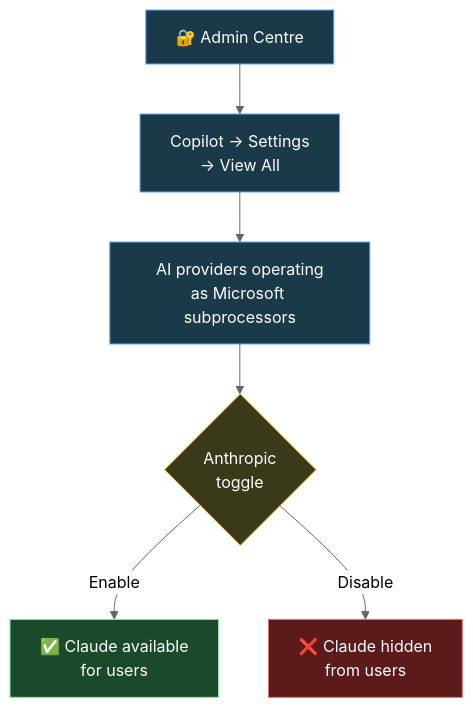
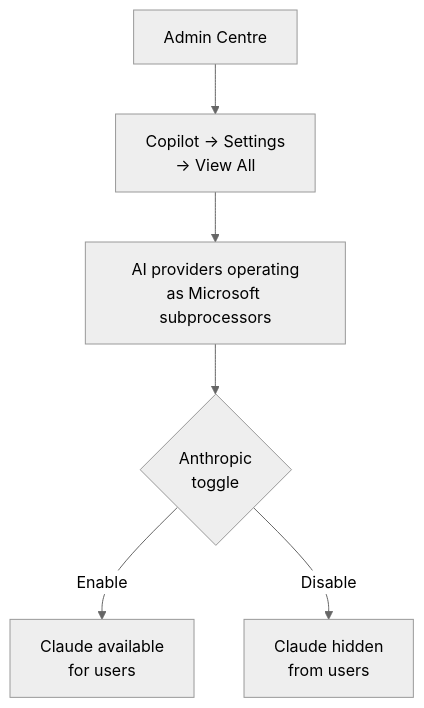
The sixth of 6 diagrams in content/blog/microsoft-365-copilot-licensed-complete-guide-for-trainers.md (susanthgit/aguidetocloud-revamp), drawn with Mermaid (neutral theme) before and after one commit. The commit also changed other lines of this file and 553 other files, not shown here.

First line of the commit message:
🌸 Z17: Zen Mermaid diagrams — Stripe Docs style

````diff
--- a/content/blog/microsoft-365-copilot-licensed-complete-guide-for-trainers.md
+++ b/content/blog/microsoft-365-copilot-licensed-complete-guide-for-trainers.md
@@ -649,14 +609,8 @@
 ```mermaid
 flowchart TD
-    A["🔐 Admin Centre"] --> B["Copilot → Settings<br/>→ View All"]
+    A["Admin Centre"] --> B["Copilot → Settings<br/>→ View All"]
     B --> C["AI providers operating<br/>as Microsoft subprocessors"]
     C --> D{"Anthropic<br/>toggle"}
-    D -->|"Enable"| E["✅ Claude available<br/>for users"]
-    D -->|"Disable"| F["❌ Claude hidden<br/>from users"]
-    style A fill:#1a3a4a,stroke:#60A5FA,color:#ffffff
-    style B fill:#1a3a4a,stroke:#60A5FA,color:#ffffff
-    style C fill:#1a3a4a,stroke:#60A5FA,color:#ffffff
-    style D fill:#3a3a1a,stroke:#ffaa00,color:#ffffff
-    style E fill:#1a4a2a,stroke:#66ff99,color:#ffffff
-    style F fill:#5c1a1a,stroke:#ff6666,color:#ffffff
+    D -->|"Enable"| E["Claude available<br/>for users"]
+    D -->|"Disable"| F["Claude hidden<br/>from users"]
 ```
````
